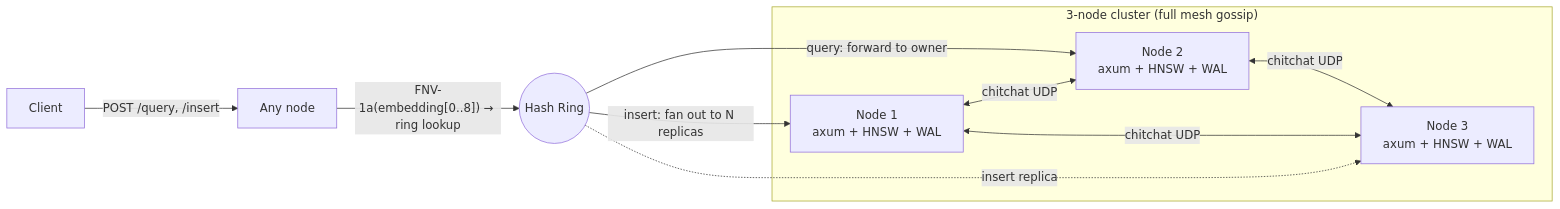
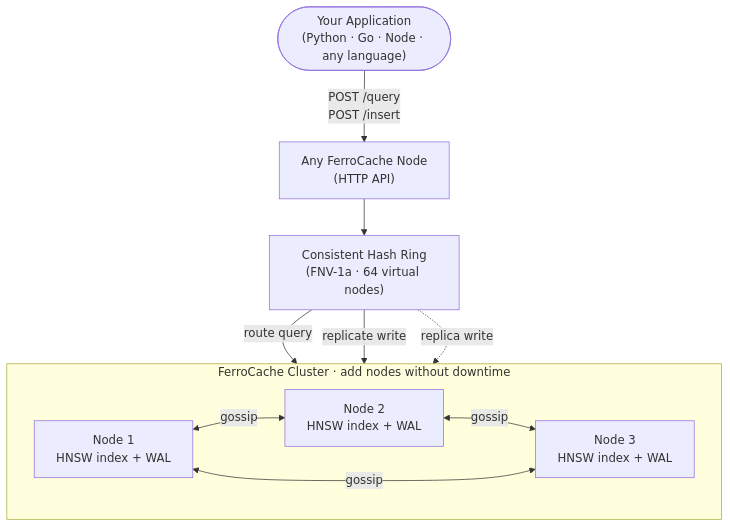
One commit to nickleodoen/ferrocache changed the diagram in README.md. Above: the diagram before and after it, drawn with Mermaid. The commit also changed other lines of this file and 24 other files, not shown here.

````diff
--- a/README.md
+++ b/README.md
@@ -356,18 +152,21 @@
 ```mermaid
-flowchart LR
-    Client["Client"] -->|"POST /query, /insert"| AnyNode["Any node"]
-    AnyNode -->|"FNV-1a(embedding[0..8]) → ring lookup"| Ring(("Hash Ring"))
+flowchart TD
+    Client(["Your Application<br/>(Python · Go · Node · any language)"])
+    Client -->|"POST /query<br/>POST /insert"| LB["Any FerroCache Node<br/>(HTTP API)"]
 
-    subgraph cluster["3-node cluster (full mesh gossip)"]
-        N1["Node 1<br/>axum + HNSW + WAL"]
-        N2["Node 2<br/>axum + HNSW + WAL"]
-        N3["Node 3<br/>axum + HNSW + WAL"]
-        N1 <-->|"chitchat UDP"| N2
-        N2 <-->|"chitchat UDP"| N3
-        N1 <-->|"chitchat UDP"| N3
+    LB --> Ring["Consistent Hash Ring<br/>(FNV-1a · 64 virtual nodes)"]
+
+    Ring -->|"route query"| N1
+    Ring -->|"replicate write"| N1
+    Ring -.->|"replica write"| N2
+
+    subgraph cluster["FerroCache Cluster  ·  add nodes without downtime"]
+        direction LR
+        N1["Node 1<br/>HNSW index + WAL"]
+        N2["Node 2<br/>HNSW index + WAL"]
+        N3["Node 3<br/>HNSW index + WAL"]
+        N1 <-->|"gossip"| N2
+        N2 <-->|"gossip"| N3
+        N3 <-->|"gossip"| N1
     end
-
-    Ring -->|"query: forward to owner"| N2
-    Ring -->|"insert: fan out to N replicas"| N1
-    Ring -.->|"insert replica"| N3
 ```
````
